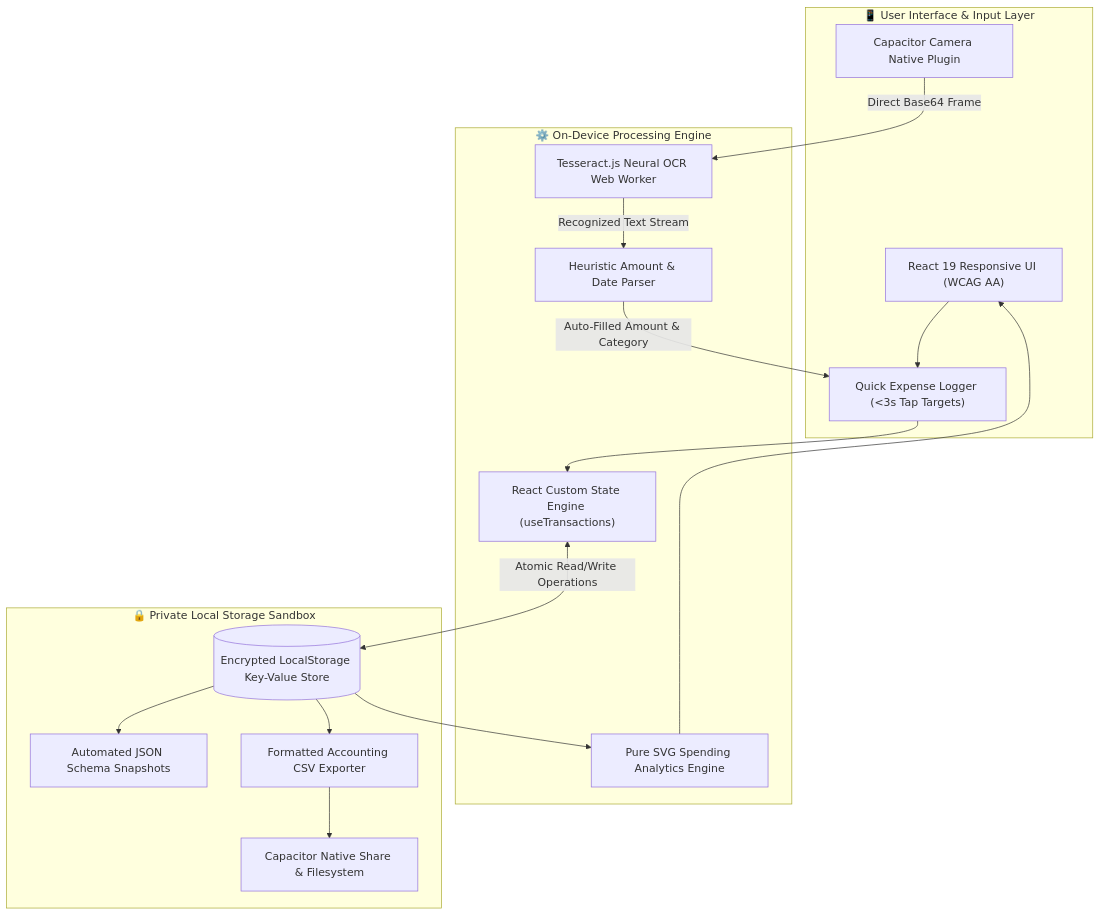
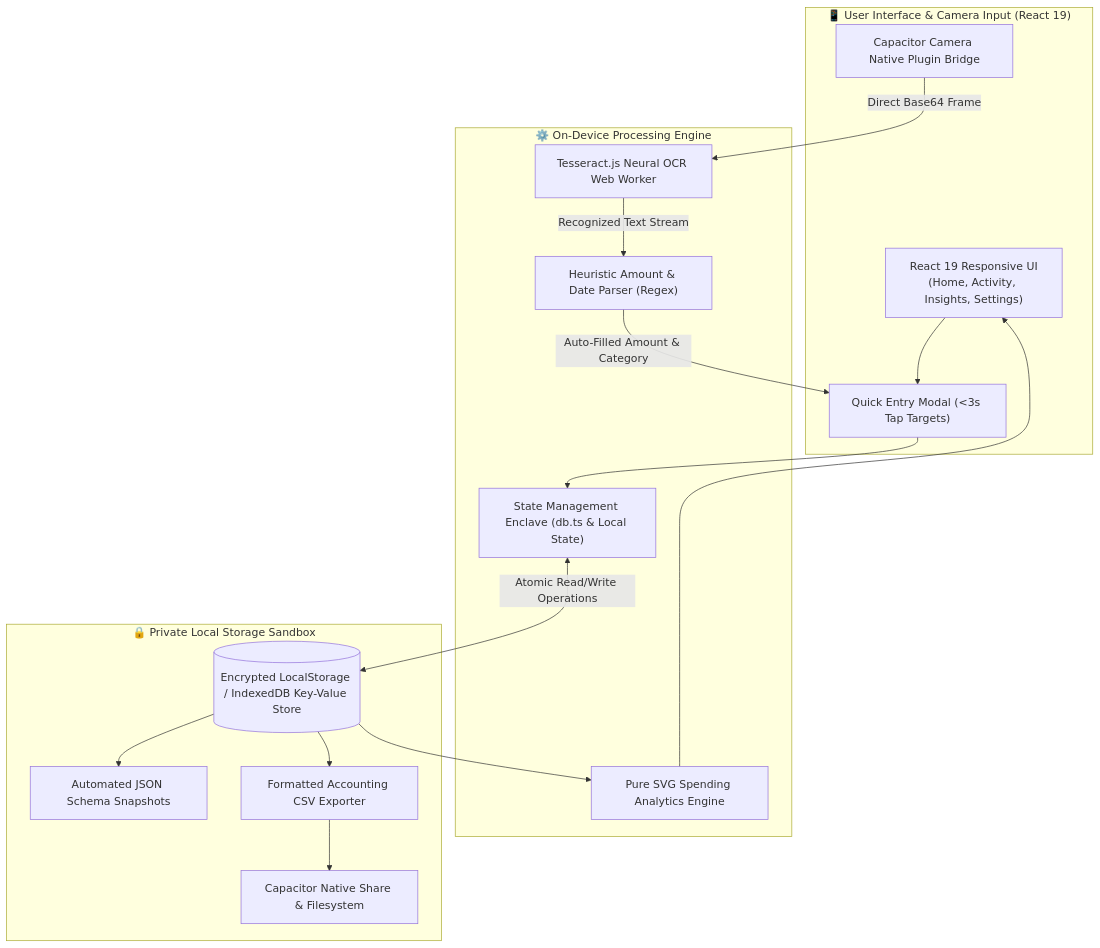
The diagram in README.md (rahaman1721/kaas-personal-finance-app), drawn with Mermaid before and after one commit. The commit also changed other lines of this file, not shown here.

````diff
--- a/README.md
+++ b/README.md
@@ -32,32 +80,32 @@
 ```mermaid
 flowchart TD
-    subgraph ClientView ["📱 User Interface & Input Layer"]
-        UI["React 19 Responsive UI (WCAG AA)"]
-        QuickEntry["Quick Expense Logger (<3s Tap Targets)"]
-        CamModule["Capacitor Camera Native Plugin"]
+    subgraph ClientView ["📱 User Interface & Camera Input (React 19)"]
+        UI["React 19 Responsive UI\n(Home, Activity, Insights, Settings)"]
+        QuickEntry["Quick Entry Modal (<3s Tap Targets)"]
+        CamModule["Capacitor Camera Native Plugin Bridge"]
     end
 
     subgraph ProcessingPipeline ["⚙️ On-Device Processing Engine"]
         OCR["Tesseract.js Neural OCR Web Worker"]
-        ReceiptParser["Heuristic Amount & Date Parser"]
-        HookManager["React Custom State Engine (useTransactions)"]
+        ReceiptParser["Heuristic Amount & Date Parser (Regex)"]
+        HookManager["State Management Enclave (db.ts & Local State)"]
         SVGCharts["Pure SVG Spending Analytics Engine"]
     end
 
     subgraph NativeStorageSandbox ["🔒 Private Local Storage Sandbox"]
-        LocalData[("Encrypted LocalStorage Key-Value Store")]
+        LocalData[("Encrypted LocalStorage / IndexedDB Key-Value Store")]
         BackupSnapshots["Automated JSON Schema Snapshots"]
         CSVEngine["Formatted Accounting CSV Exporter"]
         SharePlugin["Capacitor Native Share & Filesystem"]
     end
 
     UI --> QuickEntry
     QuickEntry --> HookManager
-    CamModule -->|Direct Base64 Frame| OCR
-    OCR -->|Recognized Text Stream| ReceiptParser
-    ReceiptParser -->|Auto-Filled Amount & Category| QuickEntry
-    HookManager <-->|Atomic Read/Write Operations| LocalData
+    CamModule -->|"Direct Base64 Frame"| OCR
+    OCR -->|"Recognized Text Stream"| ReceiptParser
+    ReceiptParser -->|"Auto-Filled Amount & Category"| QuickEntry
+    HookManager <-->|"Atomic Read/Write Operations"| LocalData
     LocalData --> SVGCharts --> UI
     LocalData --> BackupSnapshots
     LocalData --> CSVEngine --> SharePlugin
 ```
````
